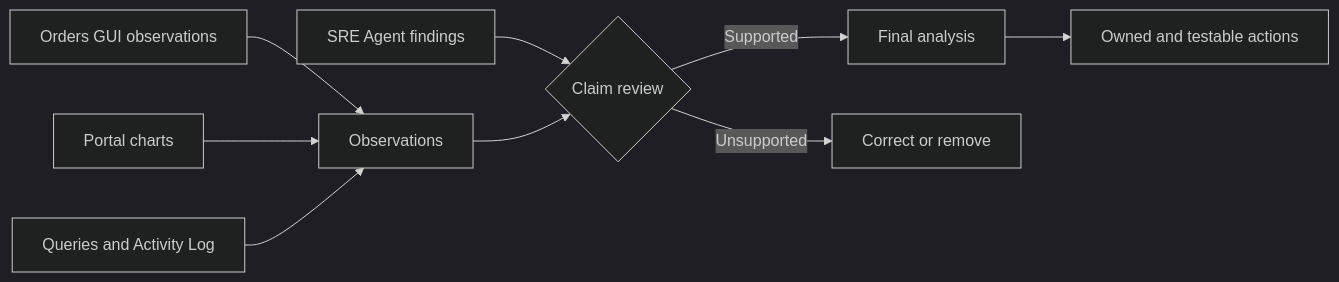
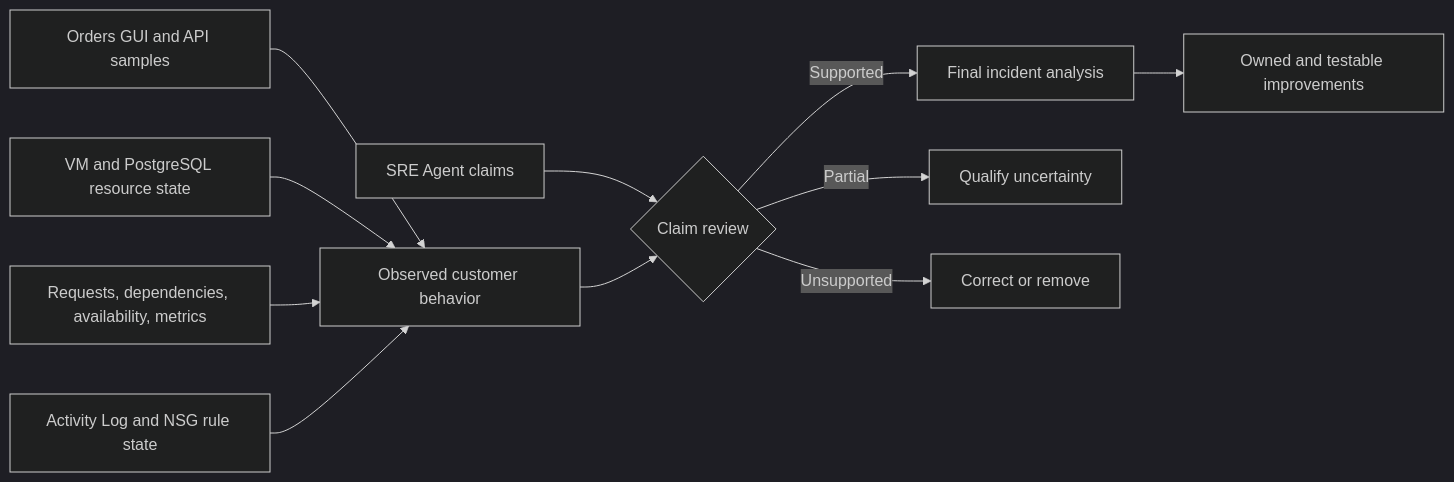
The diagram in docs/sre/05-review-and-improve/index.md (charliekw411/sre-agent-workshop), drawn with Mermaid (dark theme) before and after one commit. The commit also changed other lines of this file and 63 other files, not shown here.

First line of the commit message:
feat: replace SQLite with private PostgreSQL throughout the workshop (#25)

````diff
--- a/docs/sre/05-review-and-improve/index.md
+++ b/docs/sre/05-review-and-improve/index.md
@@ -44,11 +47,13 @@
 ```mermaid
 flowchart LR
-    GUI[Orders GUI observations] --> O[Observations]
-    Charts[Portal charts] --> O
-    Logs[Queries and Activity Log] --> O
-    Agent[SRE Agent findings] --> C{Claim review}
-    O --> C
-    C -->|Supported| RCA[Final analysis]
-    C -->|Unsupported| Fix[Correct or remove]
-    RCA --> Actions[Owned and testable actions]
+    GUI[Orders GUI and API samples] --> O[Observed customer behavior]
+    Resource[VM and PostgreSQL resource state] --> O
+    Telemetry[Requests, dependencies, availability, metrics] --> O
+    Change[Activity Log and NSG rule state] --> O
+    Agent[SRE Agent claims] --> Review{Claim review}
+    O --> Review
+    Review -->|Supported| RCA[Final incident analysis]
+    Review -->|Partial| Qualify[Qualify uncertainty]
+    Review -->|Unsupported| Remove[Correct or remove]
+    RCA --> Actions[Owned and testable improvements]
 ```
````
